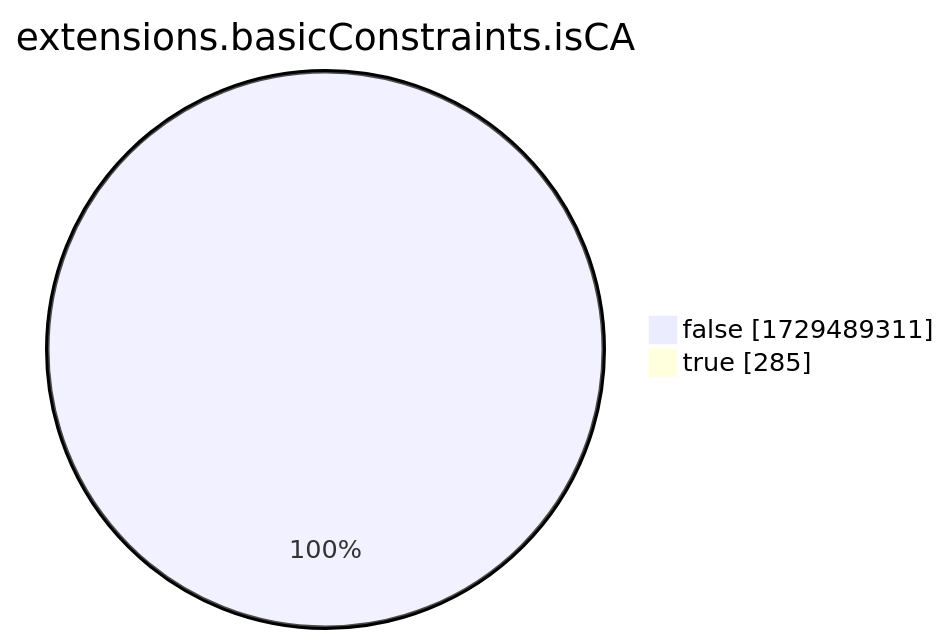
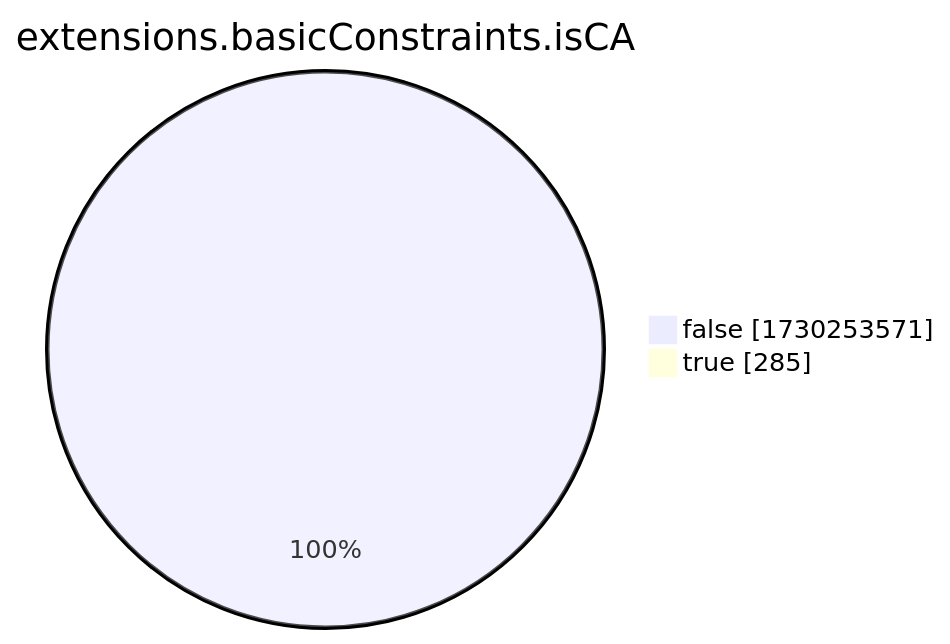
The eighth of 15 diagrams in xenon2022/README.md (christiankrug/ctmonitor_visualization), drawn with Mermaid before and after one commit. The commit also changed other lines of this file, not shown here.

````diff
--- a/xenon2022/README.md
+++ b/xenon2022/README.md
@@ -2867,6 +2867,6 @@
 ```mermaid
 pie showData
 title extensions.basicConstraints.isCA
-"false" :1729489311
+"false" :1730253571
 "true" :285
 ```
````
